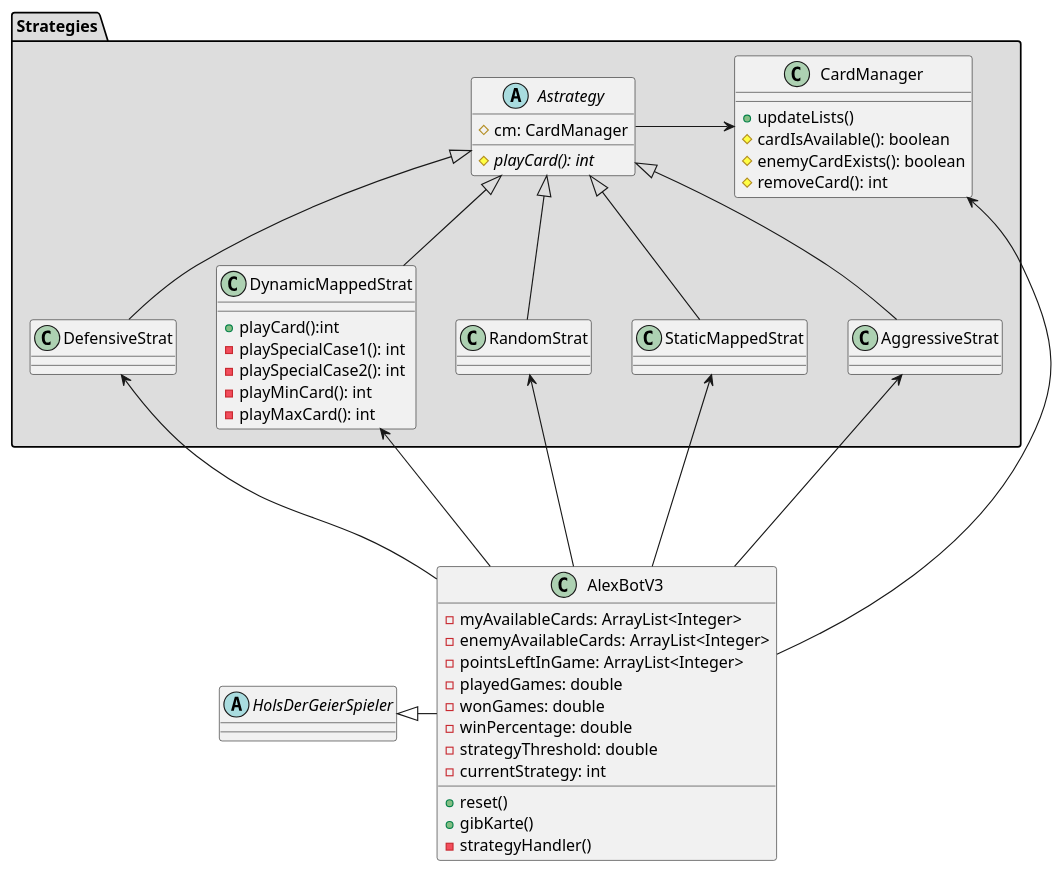
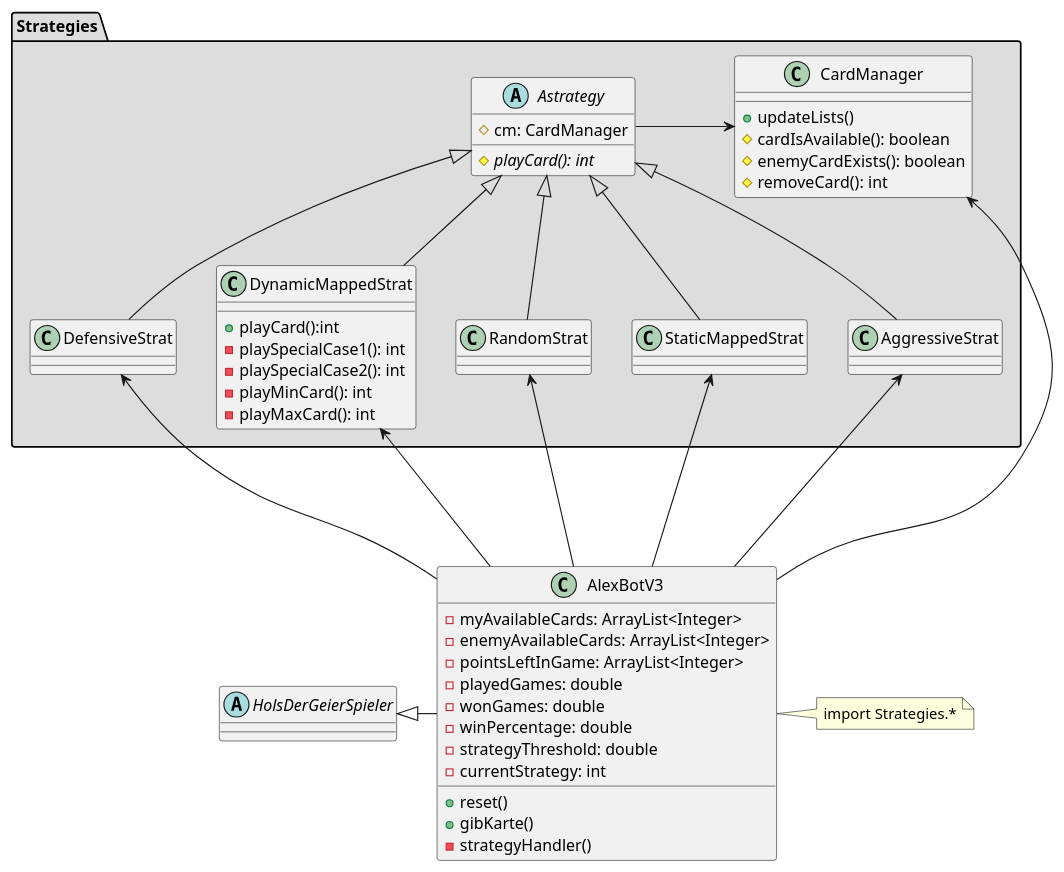
The diagram in AlexBotV3.puml (Galaktron234/Hols_der_Geier), drawn with PlantUML before and after one commit. The commit also changed 1 other file, not shown here.

Commit message:
Change UML

```diff
--- a/AlexBotV3.puml
+++ b/AlexBotV3.puml
@@ -2,61 +2,63 @@
 @startuml
 'https://plantuml.com/class-diagram
 
 abstract class HolsDerGeierSpieler
 
 
 class AlexBotV3{
     - myAvailableCards: ArrayList<Integer>
     - enemyAvailableCards: ArrayList<Integer>
     - pointsLeftInGame: ArrayList<Integer>
     - playedGames: double
     - wonGames: double
     - winPercentage: double
     - strategyThreshold: double
     - currentStrategy: int
     + reset()
     + gibKarte()
     - strategyHandler()
 }
+class AlexBotV3
+note right: import Strategies.*
 
 package "Strategies" #DDDDDD{
     abstract class Astrategy{
          # cm: CardManager
          # {abstract} playCard(): int
     }
     class CardManager{
         + updateLists()
         # cardIsAvailable(): boolean
         # enemyCardExists(): boolean
         # removeCard(): int
     }
 
     class AggressiveStrat
     class DefensiveStrat
     class DynamicMappedStrat{
         + playCard():int
         - playSpecialCase1(): int
         - playSpecialCase2(): int
         - playMinCard(): int
         - playMaxCard(): int
     }
 
     class RandomStrat
     class StaticMappedStrat
 }
 
 HolsDerGeierSpieler <|- AlexBotV3
 CardManager<-Astrategy
 CardManager <- AlexBotV3
 Astrategy <|-- AggressiveStrat
 Astrategy <|-- DefensiveStrat
 Astrategy <|-- DynamicMappedStrat
 Astrategy <|-- StaticMappedStrat
 Astrategy <|-- RandomStrat
 AggressiveStrat <--- AlexBotV3
 DefensiveStrat <--- AlexBotV3
 DynamicMappedStrat <--- AlexBotV3
 StaticMappedStrat <--- AlexBotV3
 RandomStrat <--- AlexBotV3
 
 @enduml
```
